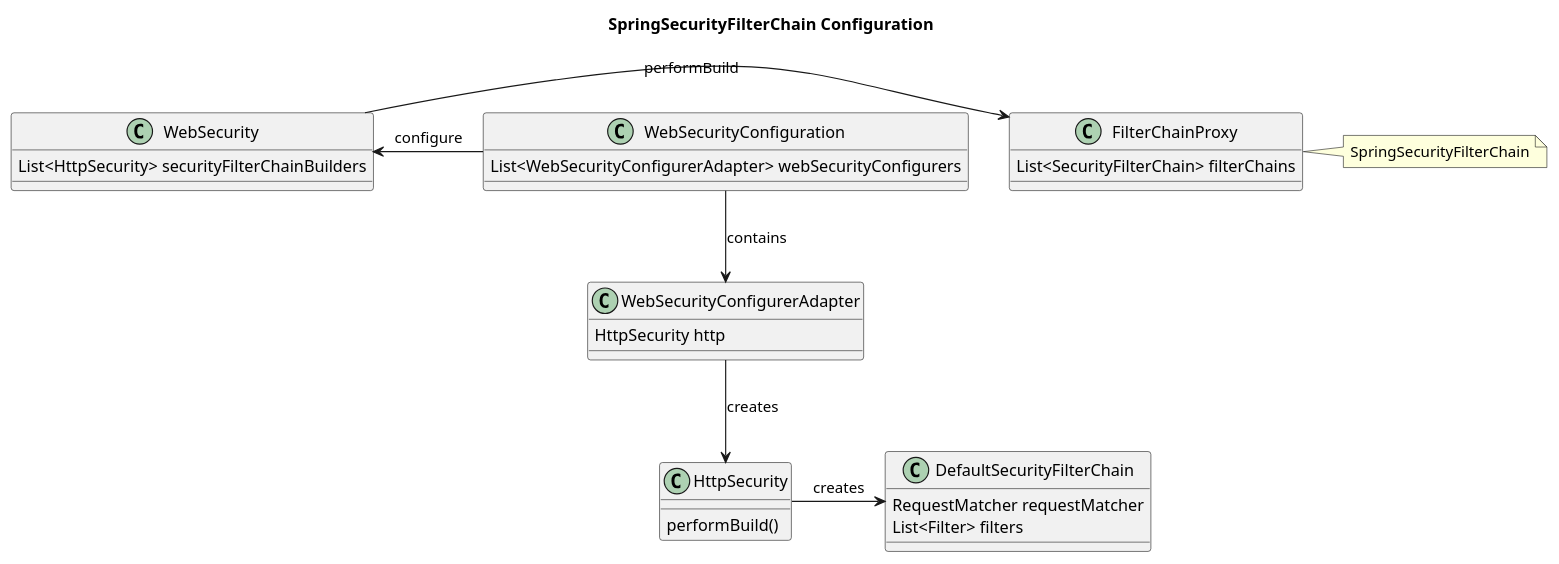
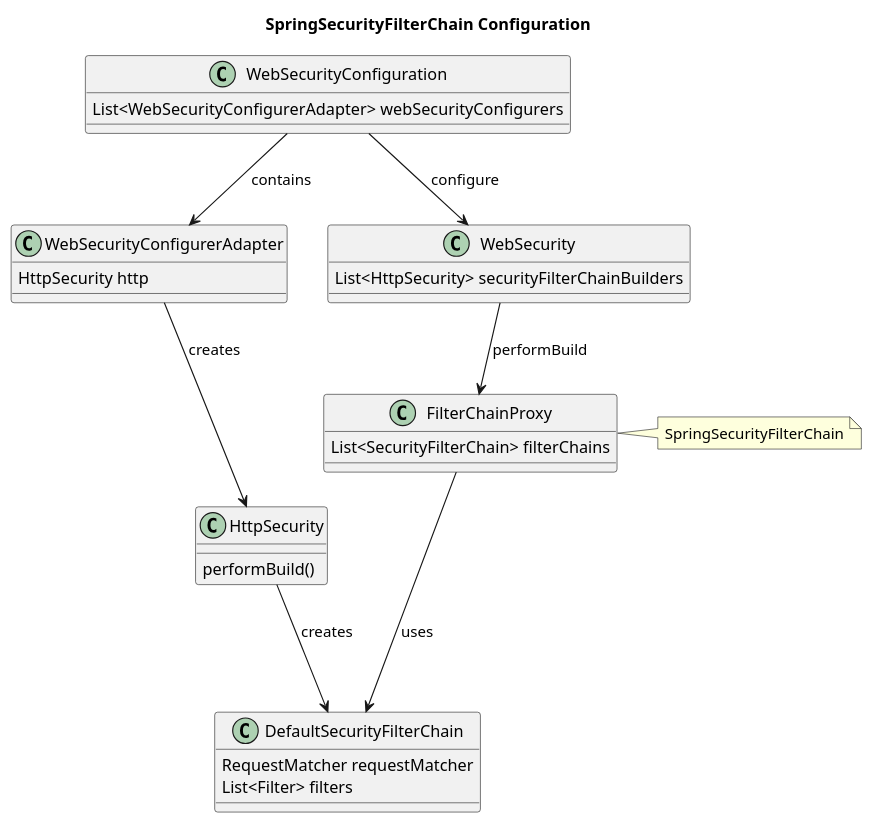
One commit to ppretki/ppretki.github.io changed the diagram in diagram/SpringSecurity-SpringSecurityFilterChain-Configuration.puml. Above: the diagram before and after it, drawn with PlantUML. The commit also changed 1 other file, not shown here.

Commit message:
SpringSecurityFilterChain -II

```diff
--- a/diagram/SpringSecurity-SpringSecurityFilterChain-Configuration.puml
+++ b/diagram/SpringSecurity-SpringSecurityFilterChain-Configuration.puml
@@ -1,40 +1,42 @@
 @startuml
 title SpringSecurityFilterChain Configuration
 
 class HttpSecurity {
     performBuild()
 }
 
 class WebSecurityConfigurerAdapter {
     HttpSecurity http
 }
 
 class WebSecurityConfiguration {
     List<WebSecurityConfigurerAdapter> webSecurityConfigurers
 }
 
 class WebSecurity {
     List<HttpSecurity> securityFilterChainBuilders
 }
 
 class FilterChainProxy {
     List<SecurityFilterChain> filterChains
 }
 note right: SpringSecurityFilterChain
 
 class DefaultSecurityFilterChain {
     RequestMatcher requestMatcher
     List<Filter> filters
 }
 
 WebSecurityConfiguration --> WebSecurityConfigurerAdapter: contains
 
 WebSecurityConfigurerAdapter --> HttpSecurity: creates
 
 HttpSecurity -> DefaultSecurityFilterChain: creates
 
 
-WebSecurity <- WebSecurityConfiguration : configure
+WebSecurityConfiguration --> WebSecurity : configure
 
-WebSecurity -> FilterChainProxy: performBuild
+WebSecurity --> FilterChainProxy: performBuild
+
+FilterChainProxy ---> DefaultSecurityFilterChain: uses
 @enduml
```
